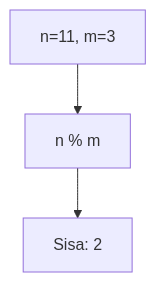
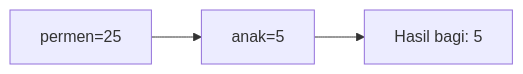
Before and after one commit to amnahwaida/OSNK_INF_PREP: the eighth of 25 diagrams in part-c-pemahaman-cpp/01-tipe-data/latihan/set-11.md, drawn with Mermaid. The commit also changed other lines of this file and 71 other files, not shown here.

````diff
--- a/part-c-pemahaman-cpp/01-tipe-data/latihan/set-11.md
+++ b/part-c-pemahaman-cpp/01-tipe-data/latihan/set-11.md
@@ -186,5 +221,5 @@
 ```mermaid
-graph TD
-A["n=11, m=3"] --> B["n % m"]
-B --> C["Sisa: 2"]
+graph LR
+A["permen=25"] --> B["anak=5"]
+B --> C["Hasil bagi: 5"]
 ```
````
